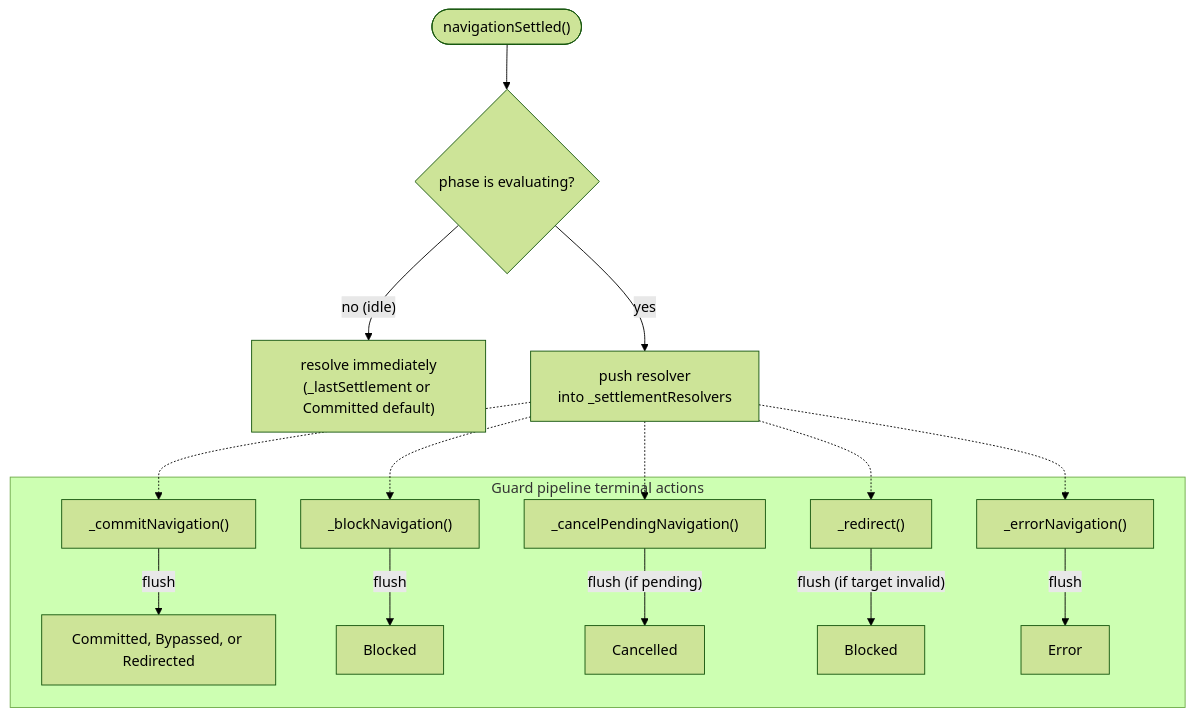
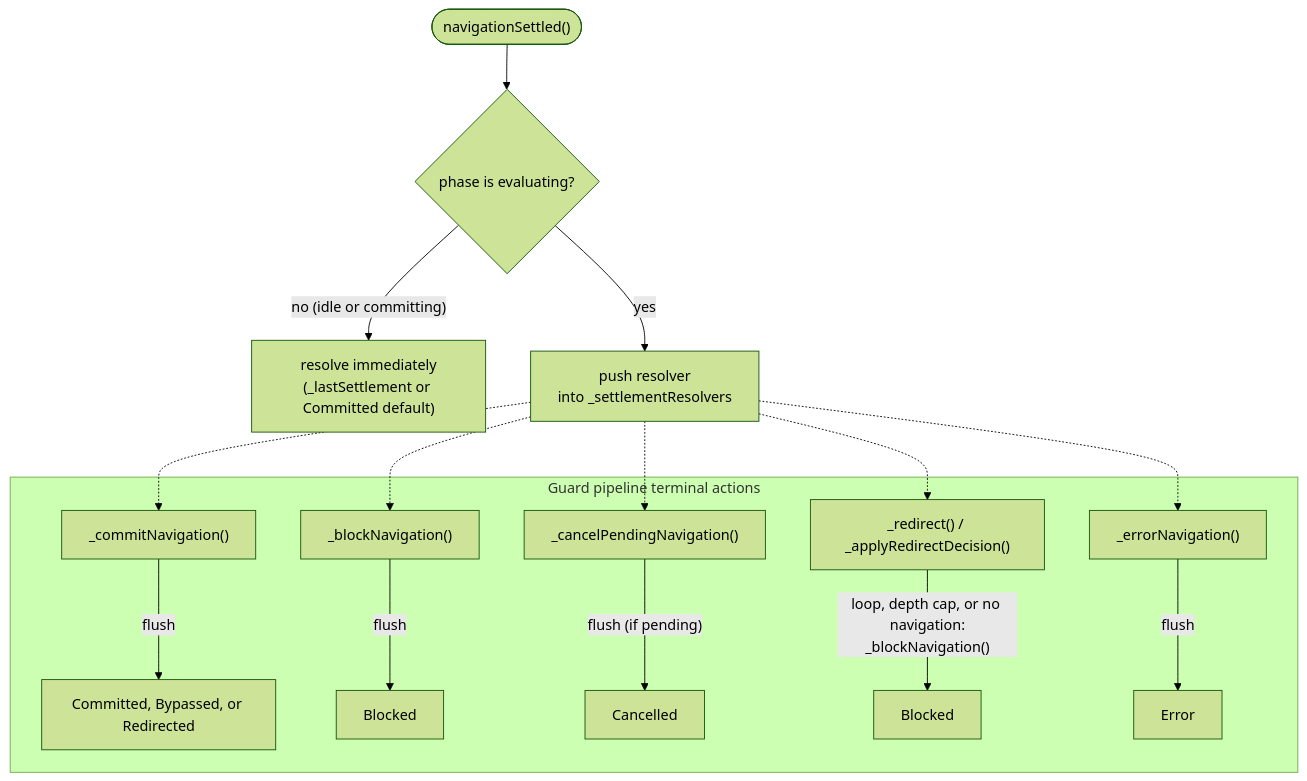
The fourth of 4 diagrams in docs/reference/architecture.md (wridgeu/ui5-lib-guard-router), drawn with Mermaid (forest theme) before and after one commit. The commit also changed other lines of this file and 13 other files, not shown here.

First line of the commit message:
docs: align architecture and feature docs with the current code

````diff
--- a/docs/reference/architecture.md
+++ b/docs/reference/architecture.md
@@ -369,20 +397,20 @@
 ```mermaid
 flowchart TD
     call(["navigationSettled()"]) --> pending{phase is evaluating?}
-    pending -- "no (idle)" --> immediate["resolve immediately<br/>(_lastSettlement or Committed default)"]
+    pending -- "no (idle or committing)" --> immediate["resolve immediately<br/>(_lastSettlement or Committed default)"]
     pending -- "yes" --> push["push resolver<br/>into _settlementResolvers"]
 
     subgraph "Guard pipeline terminal actions"
         commit["_commitNavigation()"] -- "flush" --> fcommit["Committed, Bypassed, or Redirected"]
         block["_blockNavigation()"] -- "flush" --> fblock["Blocked"]
         cancel["_cancelPendingNavigation()"] -- "flush (if pending)" --> fcancel["Cancelled"]
-        redirect["_redirect()"] -- "flush (if target invalid)" --> fredirect["Blocked"]
+        redirect["_redirect() / _applyRedirectDecision()"] -- "loop, depth cap, or no navigation:<br/>_blockNavigation()" --> fredirect["Blocked"]
         errornav["_errorNavigation()"] -- "flush" --> ferror["Error"]
     end
 
     push -.-> commit
     push -.-> block
     push -.-> cancel
     push -.-> redirect
     push -.-> errornav
 ```
````
